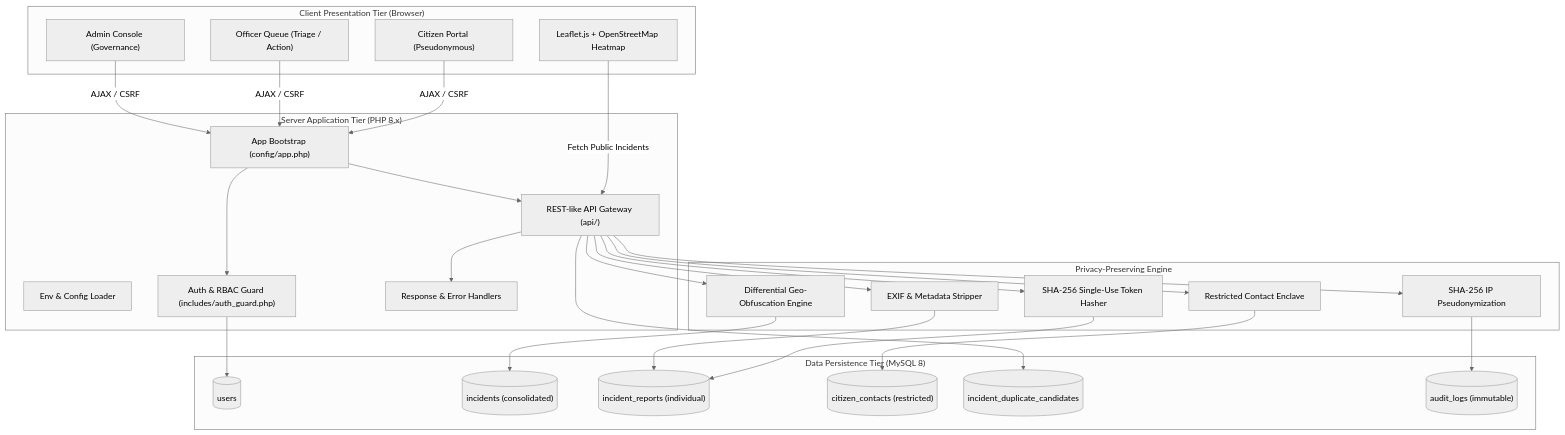
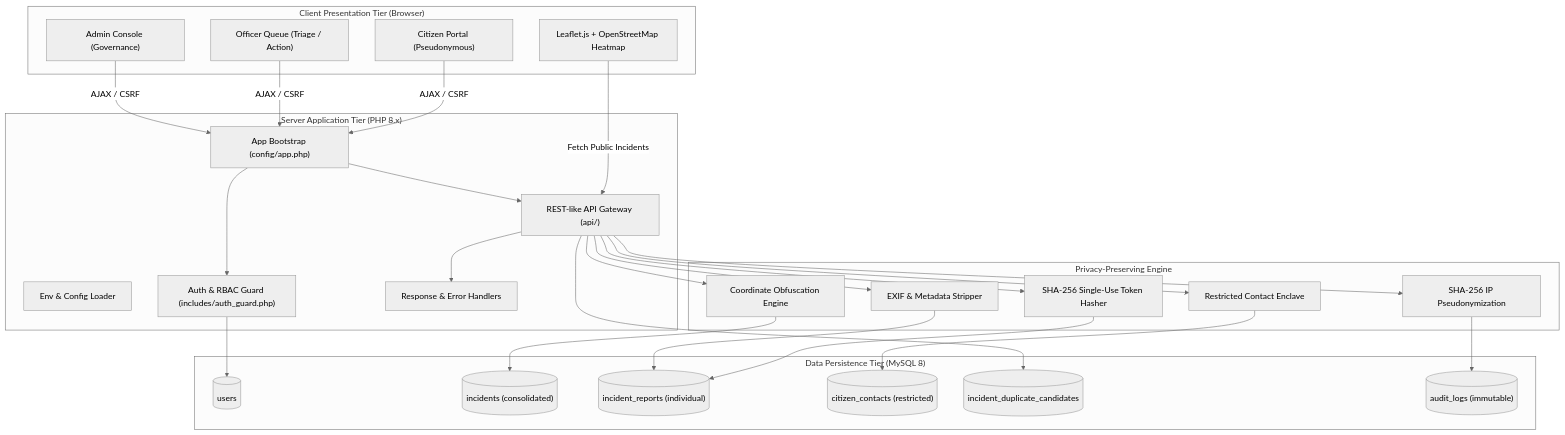
One commit to NiravHub/CivicShield-Privacy-Preserving-Civic-Incident-Intelligence-Platform changed the first of 5 diagrams in docs/architecture.md. Above: the diagram before and after it, drawn with Mermaid (neutral theme). The commit also changed other lines of this file and 7 other files, not shown here.

````diff
--- a/docs/architecture.md
+++ b/docs/architecture.md
@@ -22,57 +22,57 @@
 ```mermaid
 flowchart TD
     subgraph Client ["Client Presentation Tier (Browser)"]
         UI_Citizen["Citizen Portal (Pseudonymous)"]
         UI_Officer["Officer Queue (Triage / Action)"]
         UI_Admin["Admin Console (Governance)"]
         LeafletMap["Leaflet.js + OpenStreetMap Heatmap"]
     end
 
     subgraph Server ["Server Application Tier (PHP 8.x)"]
         AppBootstrap["App Bootstrap (config/app.php)"]
         EnvLoader["Env & Config Loader"]
         AuthGuard["Auth & RBAC Guard (includes/auth_guard.php)"]
         APIGateway["REST-like API Gateway (api/)"]
         CoreResponse["Response & Error Handlers"]
     end
 
     subgraph PrivacyEngine ["Privacy-Preserving Engine"]
-        GeoObf["Differential Geo-Obfuscation Engine"]
+        GeoObf["Coordinate Obfuscation Engine"]
         IPHasher["SHA-256 IP Pseudonymization"]
         TokenHasher["SHA-256 Single-Use Token Hasher"]
         MetaStripper["EXIF & Metadata Stripper"]
         ContactIsolation["Restricted Contact Enclave"]
     end
 
     subgraph DataTier ["Data Persistence Tier (MySQL 8)"]
         DB_Users[("users")]
         DB_Incidents[("incidents (consolidated)")]
         DB_Reports[("incident_reports (individual)")]
         DB_Contacts[("citizen_contacts (restricted)")]
         DB_Duplicates[("incident_duplicate_candidates")]
         DB_Audit[("audit_logs (immutable)")]
     end
 
     UI_Citizen -->|AJAX / CSRF| AppBootstrap
     UI_Officer -->|AJAX / CSRF| AppBootstrap
     UI_Admin -->|AJAX / CSRF| AppBootstrap
     LeafletMap -->|Fetch Public Incidents| APIGateway
 
     AppBootstrap --> AuthGuard
     AppBootstrap --> APIGateway
     APIGateway --> CoreResponse
 
     APIGateway --> GeoObf
     APIGateway --> IPHasher
     APIGateway --> TokenHasher
     APIGateway --> MetaStripper
     APIGateway --> ContactIsolation
 
     GeoObf --> DB_Incidents
     TokenHasher --> DB_Reports
     MetaStripper --> DB_Reports
     ContactIsolation --> DB_Contacts
     IPHasher --> DB_Audit
     AuthGuard --> DB_Users
     APIGateway --> DB_Duplicates
 ```
````
